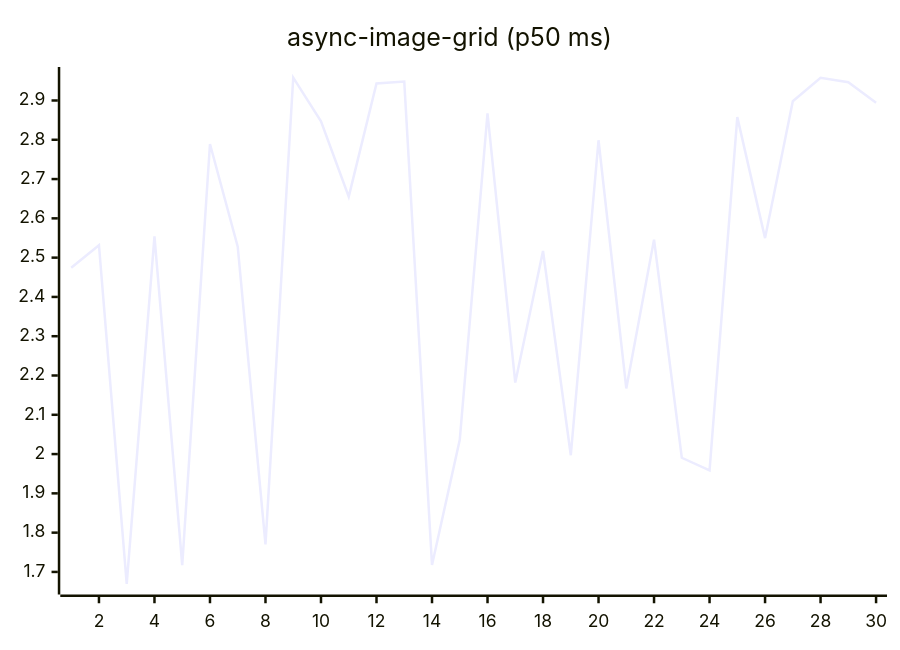
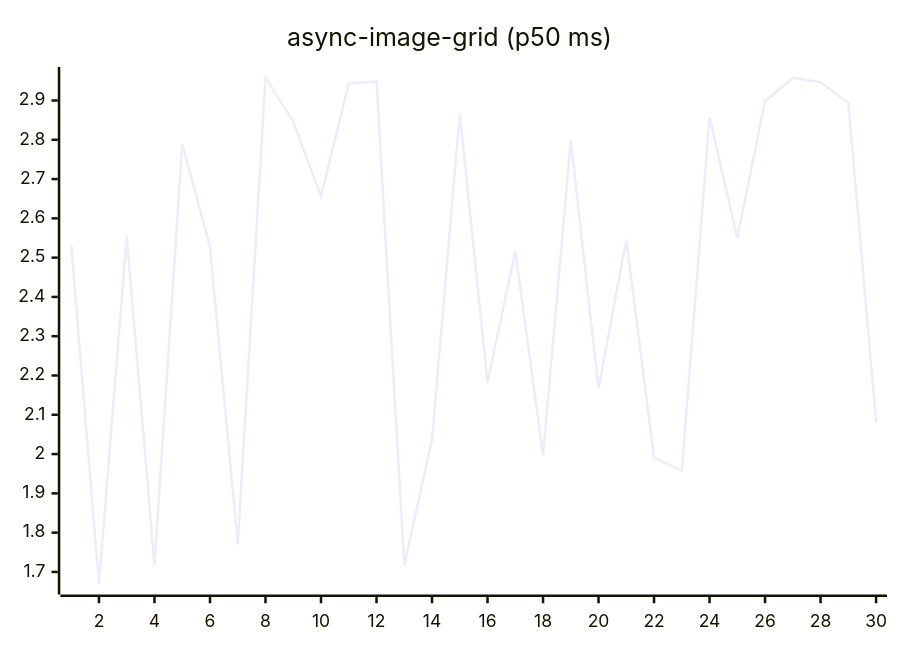
Before and after one commit to josha/Facet: the fifth of 27 diagrams in README.md, drawn with Mermaid. The commit also changed other lines of this file and 2 other files, not shown here.

````diff
--- a/README.md
+++ b/README.md
@@ -91,6 +91,6 @@
 ```mermaid
 xychart-beta
     title "async-image-grid (p50 ms)"
     x-axis 1 --> 30
-    line [2.4742, 2.5316, 1.6696, 2.5539, 1.7175, 2.7892, 2.5277, 1.7701, 2.9582, 2.8471, 2.6552, 2.9433, 2.9481, 1.7177, 2.0365, 2.8674, 2.1819, 2.5171, 1.9970, 2.7988, 2.1671, 2.5459, 1.9906, 1.9586, 2.8577, 2.5497, 2.8980, 2.9576, 2.9463, 2.8940]
+    line [2.5316, 1.6696, 2.5539, 1.7175, 2.7892, 2.5277, 1.7701, 2.9582, 2.8471, 2.6552, 2.9433, 2.9481, 1.7177, 2.0365, 2.8674, 2.1819, 2.5171, 1.9970, 2.7988, 2.1671, 2.5459, 1.9906, 1.9586, 2.8577, 2.5497, 2.8980, 2.9576, 2.9463, 2.8940, 2.0815]
 ```
````
